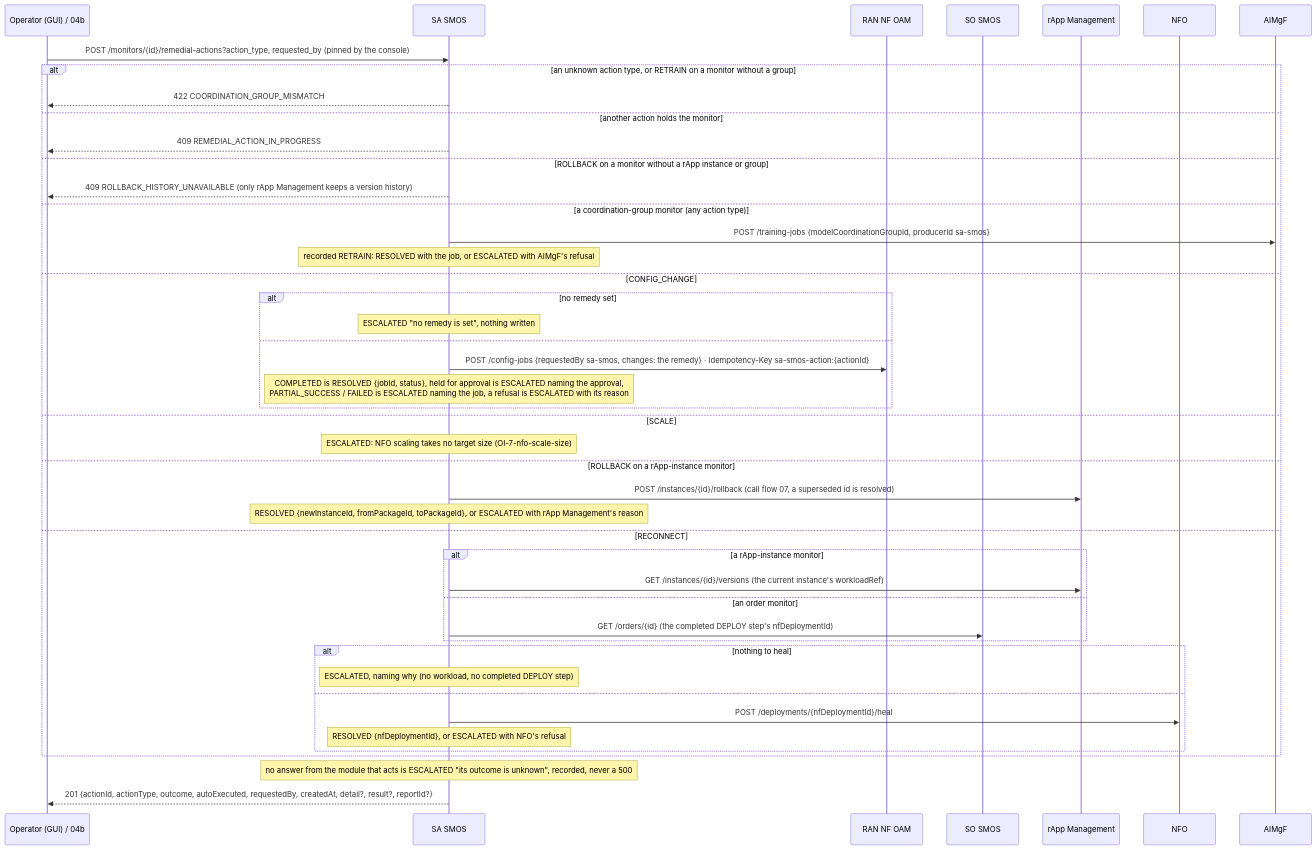
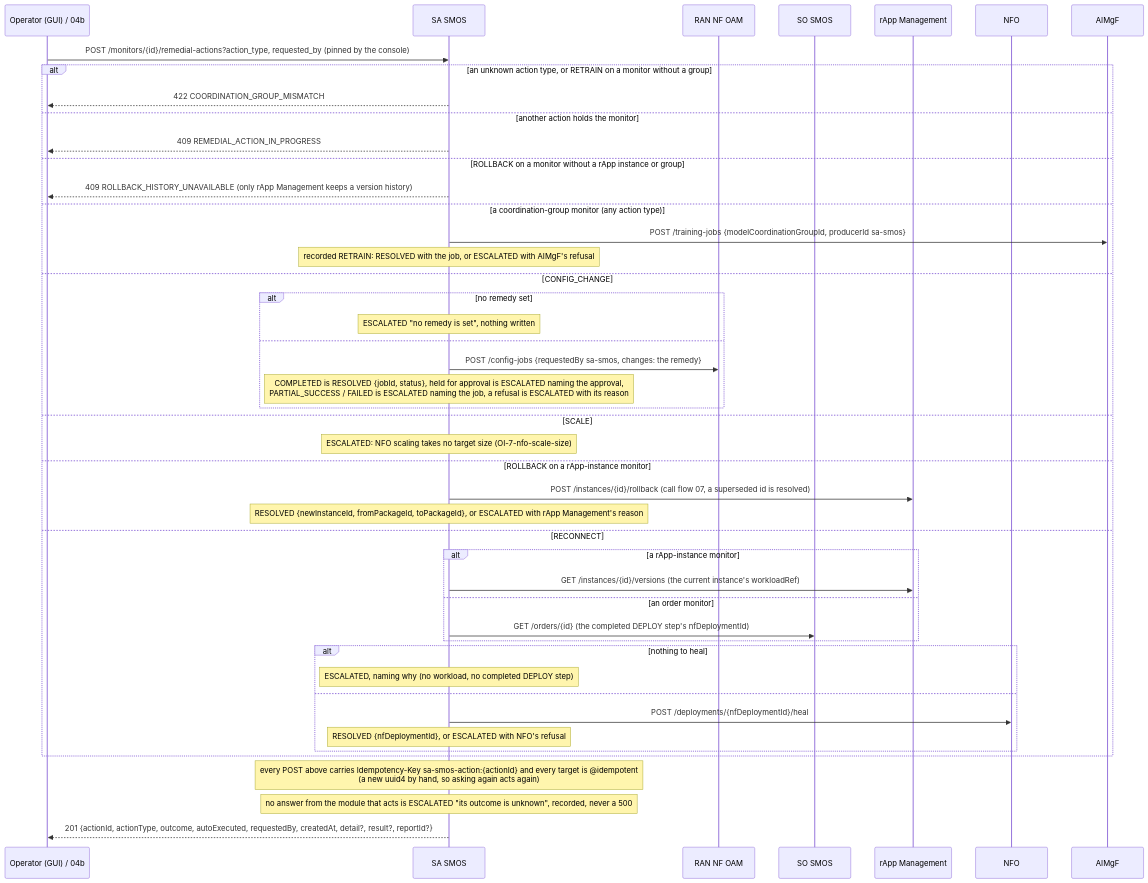
One commit to rsys-bshankar/ai-ran-smo changed the third of 4 diagrams in smo/docs/call-flows/04-closed-loop-assurance.md. Above: the diagram before and after it, drawn with Mermaid. The commit also changed other lines of this file and 31 other files, not shown here.

````diff
--- a/smo/docs/call-flows/04-closed-loop-assurance.md
+++ b/smo/docs/call-flows/04-closed-loop-assurance.md
@@ -127,48 +128,49 @@
 ```mermaid
 sequenceDiagram
     participant C as Operator (GUI) / 04b
     participant SA as SA SMOS
     participant OAM as RAN NF OAM
     participant SO as SO SMOS
     participant RM as rApp Management
     participant NFO as NFO
     participant AI as AIMgF
 
     C->>SA: POST /monitors/{id}/remedial-actions?action_type, requested_by (pinned by the console)
     alt an unknown action type, or RETRAIN on a monitor without a group
         SA-->>C: 422 COORDINATION_GROUP_MISMATCH
     else another action holds the monitor
         SA-->>C: 409 REMEDIAL_ACTION_IN_PROGRESS
     else ROLLBACK on a monitor without a rApp instance or group
         SA-->>C: 409 ROLLBACK_HISTORY_UNAVAILABLE (only rApp Management keeps a version history)
     else a coordination-group monitor (any action type)
         SA->>AI: POST /training-jobs {modelCoordinationGroupId, producerId sa-smos}
         Note over SA: recorded RETRAIN: RESOLVED with the job, or ESCALATED with AIMgF's refusal
     else CONFIG_CHANGE
         alt no remedy set
             Note over SA: ESCALATED "no remedy is set", nothing written
         else
-            SA->>OAM: POST /config-jobs {requestedBy sa-smos, changes: the remedy} · Idempotency-Key sa-smos-action:{actionId}
+            SA->>OAM: POST /config-jobs {requestedBy sa-smos, changes: the remedy}
             Note over SA: COMPLETED is RESOLVED {jobId, status}, held for approval is ESCALATED naming the approval,<br/>PARTIAL_SUCCESS / FAILED is ESCALATED naming the job, a refusal is ESCALATED with its reason
         end
     else SCALE
         Note over SA: ESCALATED: NFO scaling takes no target size (OI-7-nfo-scale-size)
     else ROLLBACK on a rApp-instance monitor
         SA->>RM: POST /instances/{id}/rollback (call flow 07, a superseded id is resolved)
         Note over SA: RESOLVED {newInstanceId, fromPackageId, toPackageId}, or ESCALATED with rApp Management's reason
     else RECONNECT
         alt a rApp-instance monitor
             SA->>RM: GET /instances/{id}/versions (the current instance's workloadRef)
         else an order monitor
             SA->>SO: GET /orders/{id} (the completed DEPLOY step's nfDeploymentId)
         end
         alt nothing to heal
             Note over SA: ESCALATED, naming why (no workload, no completed DEPLOY step)
         else
             SA->>NFO: POST /deployments/{nfDeploymentId}/heal
             Note over SA: RESOLVED {nfDeploymentId}, or ESCALATED with NFO's refusal
         end
     end
+    Note over SA: every POST above carries Idempotency-Key sa-smos-action:{actionId} and every target is @idempotent<br/>(a new uuid4 by hand, so asking again acts again)
     Note over SA: no answer from the module that acts is ESCALATED "its outcome is unknown", recorded, never a 500
     SA-->>C: 201 {actionId, actionType, outcome, autoExecuted, requestedBy, createdAt, detail?, result?, reportId?}
 ```
````
